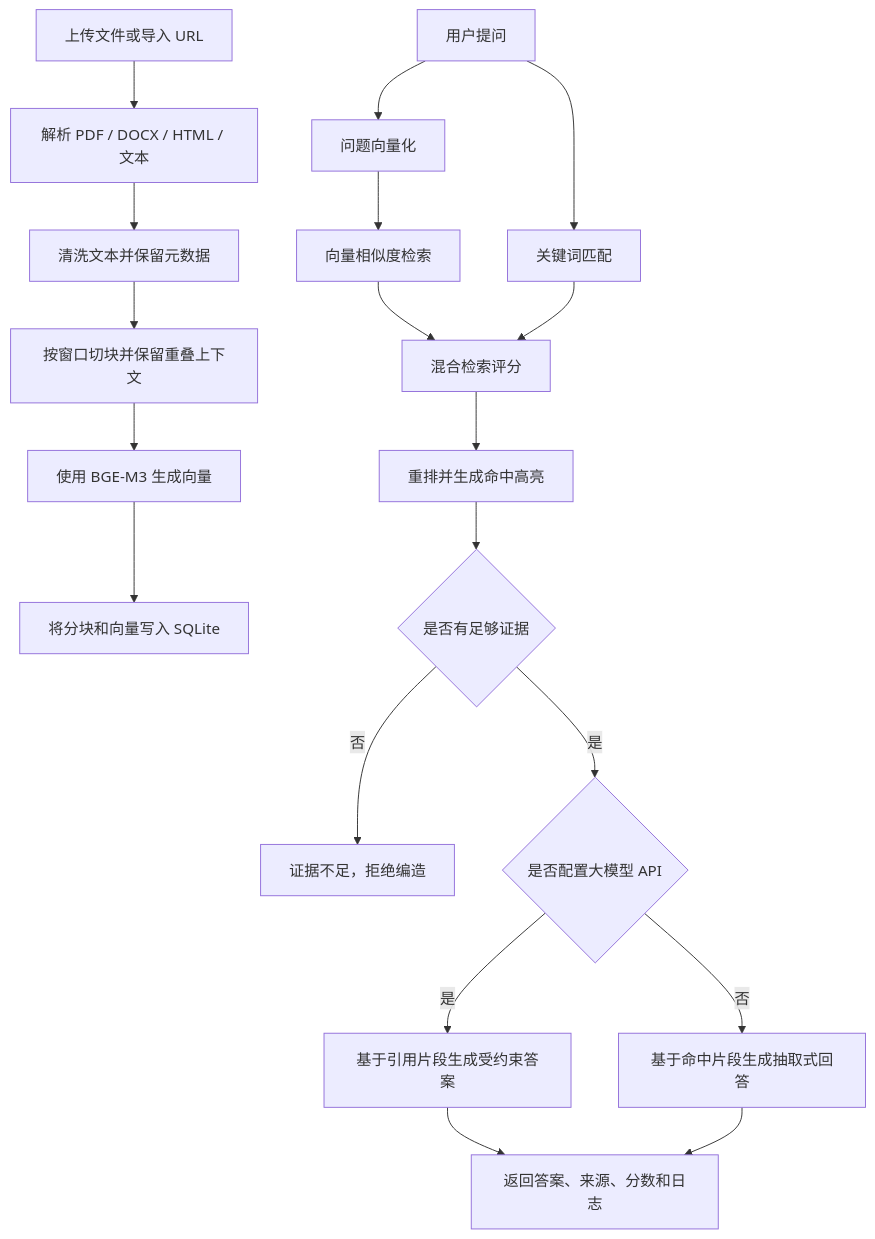
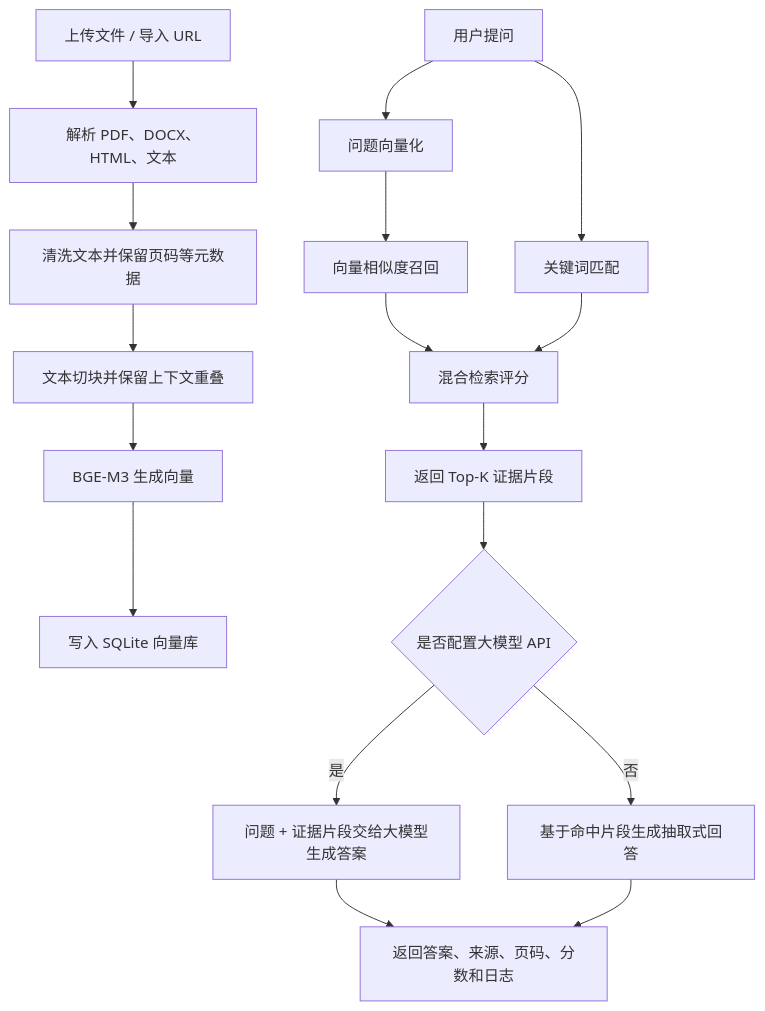
Before and after one commit to puzhen1207/finance-rag-assistant: the diagram in README.md, drawn with Mermaid. The commit also changed other lines of this file, not shown here.

````diff
--- a/README.md
+++ b/README.md
@@ -55,22 +84,20 @@
 ```mermaid
 flowchart TD
-  A["上传文件或导入 URL"] --> B["解析 PDF / DOCX / HTML / 文本"]
-  B --> C["清洗文本并保留元数据"]
-  C --> D["按窗口切块并保留重叠上下文"]
-  D --> E["使用 BGE-M3 生成向量"]
-  E --> F["将分块和向量写入 SQLite"]
+  A["上传文件 / 导入 URL"] --> B["解析 PDF、DOCX、HTML、文本"]
+  B --> C["清洗文本并保留页码等元数据"]
+  C --> D["文本切块并保留上下文重叠"]
+  D --> E["BGE-M3 生成向量"]
+  E --> F["写入 SQLite 向量库"]
 
   Q["用户提问"] --> R["问题向量化"]
-  R --> S["向量相似度检索"]
+  R --> S["向量相似度召回"]
   Q --> K["关键词匹配"]
   S --> H["混合检索评分"]
   K --> H
-  H --> I["重排并生成命中高亮"]
-  I --> J{"是否有足够证据"}
-  J -- "否" --> N["证据不足，拒绝编造"]
-  J -- "是" --> L{"是否配置大模型 API"}
-  L -- "是" --> M["基于引用片段生成受约束答案"]
-  L -- "否" --> O["基于命中片段生成抽取式回答"]
-  M --> P["返回答案、来源、分数和日志"]
-  O --> P
+  H --> I["返回 Top-K 证据片段"]
+  I --> J{"是否配置大模型 API"}
+  J -- "是" --> L["问题 + 证据片段交给大模型生成答案"]
+  J -- "否" --> M["基于命中片段生成抽取式回答"]
+  L --> N["返回答案、来源、页码、分数和日志"]
+  M --> N
 ```
````
